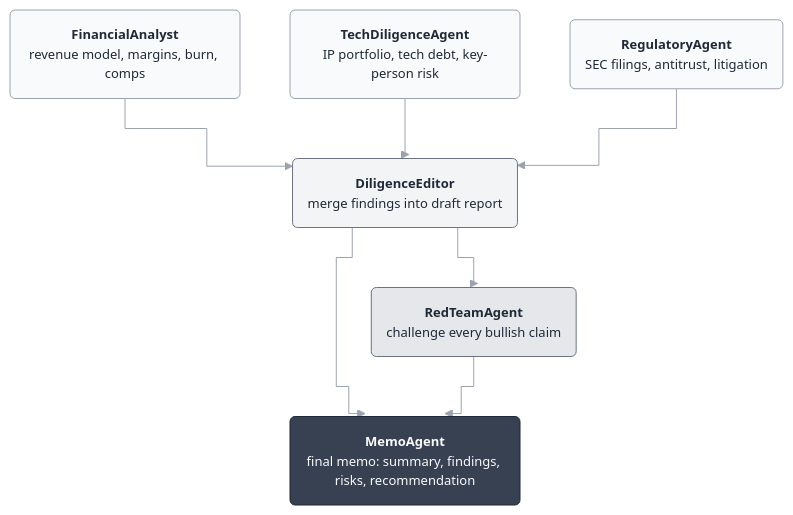
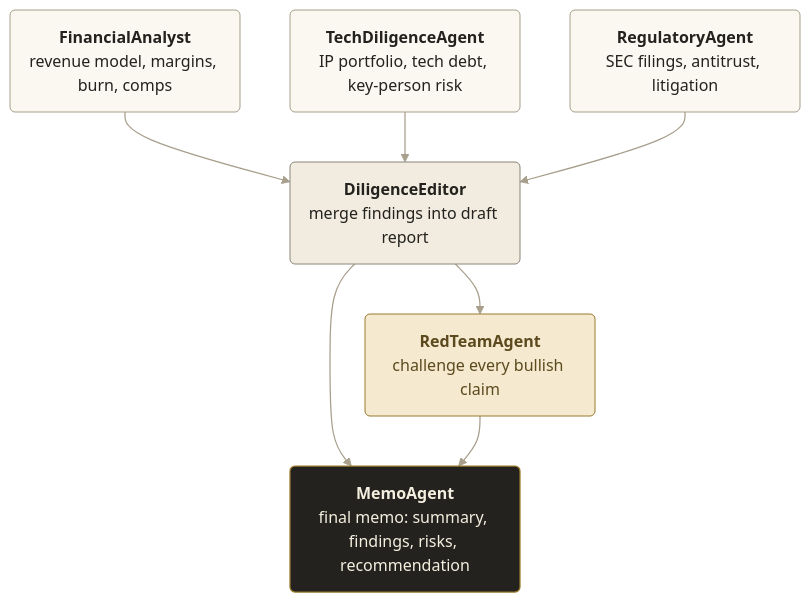
One commit to petehottelet/smythe changed the diagram in README.md. Above: the diagram before and after it, drawn with Mermaid. The commit also changed other lines of this file and 7 other files, not shown here.

First line of the commit message:
Restyle: Trajan wordmark, serif house theme for diagrams, style guide

````diff
--- a/README.md
+++ b/README.md
@@ -69,25 +75,25 @@
 ```mermaid
-%%{init: {"theme":"base","themeVariables":{"fontFamily":"Roboto Mono, monospace","fontSize":"13px","primaryColor":"#f9fafb","primaryTextColor":"#1f2937","primaryBorderColor":"#9ca3af","lineColor":"#9ca3af"},"flowchart":{"curve":"step","nodeSpacing":50,"rankSpacing":60}}}%%
+%%{init: {"theme":"base","themeVariables":{"fontFamily":"Georgia, 'Times New Roman', serif","fontSize":"14px","primaryColor":"#faf8f1","primaryTextColor":"#23221e","primaryBorderColor":"#a89f8c","lineColor":"#a89f8c"},"flowchart":{"curve":"basis","nodeSpacing":48,"rankSpacing":58}}}%%
 flowchart TD
     financial("<b>FinancialAnalyst</b><br/>revenue model, margins, burn, comps")
     technical("<b>TechDiligenceAgent</b><br/>IP portfolio, tech debt, key-person risk")
     regulatory("<b>RegulatoryAgent</b><br/>SEC filings, antitrust, litigation")
     draft("<b>DiligenceEditor</b><br/>merge findings into draft report")
     redteam("<b>RedTeamAgent</b><br/>challenge every bullish claim")
     memo("<b>MemoAgent</b><br/>final memo: summary, findings, risks, recommendation")
     financial --> draft
     technical --> draft
     regulatory --> draft
     draft --> redteam
     draft --> memo
     redteam --> memo
-    classDef specialist fill:#f9fafb,stroke:#9ca3af,stroke-width:1px,color:#1f2937
-    classDef editor fill:#f3f4f6,stroke:#6b7280,stroke-width:1px,color:#1f2937
-    classDef adversarial fill:#e5e7eb,stroke:#6b7280,stroke-width:1px,color:#1f2937
-    classDef deliverable fill:#374151,stroke:#1f2937,stroke-width:1px,color:#f9fafb
+    classDef specialist fill:#faf8f1,stroke:#a89f8c,stroke-width:1px,color:#23221e
+    classDef editor fill:#f1ecdf,stroke:#8a8578,stroke-width:1px,color:#23221e
+    classDef adversarial fill:#f5ead0,stroke:#9a7b2d,stroke-width:1px,color:#5c4a1e
+    classDef deliverable fill:#23221e,stroke:#9a7b2d,stroke-width:1.25px,color:#f5efe0
     class financial,technical,regulatory specialist
     class draft editor
     class redteam adversarial
     class memo deliverable
-    linkStyle default stroke:#9ca3af,stroke-width:1px
+    linkStyle default stroke:#a89f8c,stroke-width:1.25px
 ```
````
